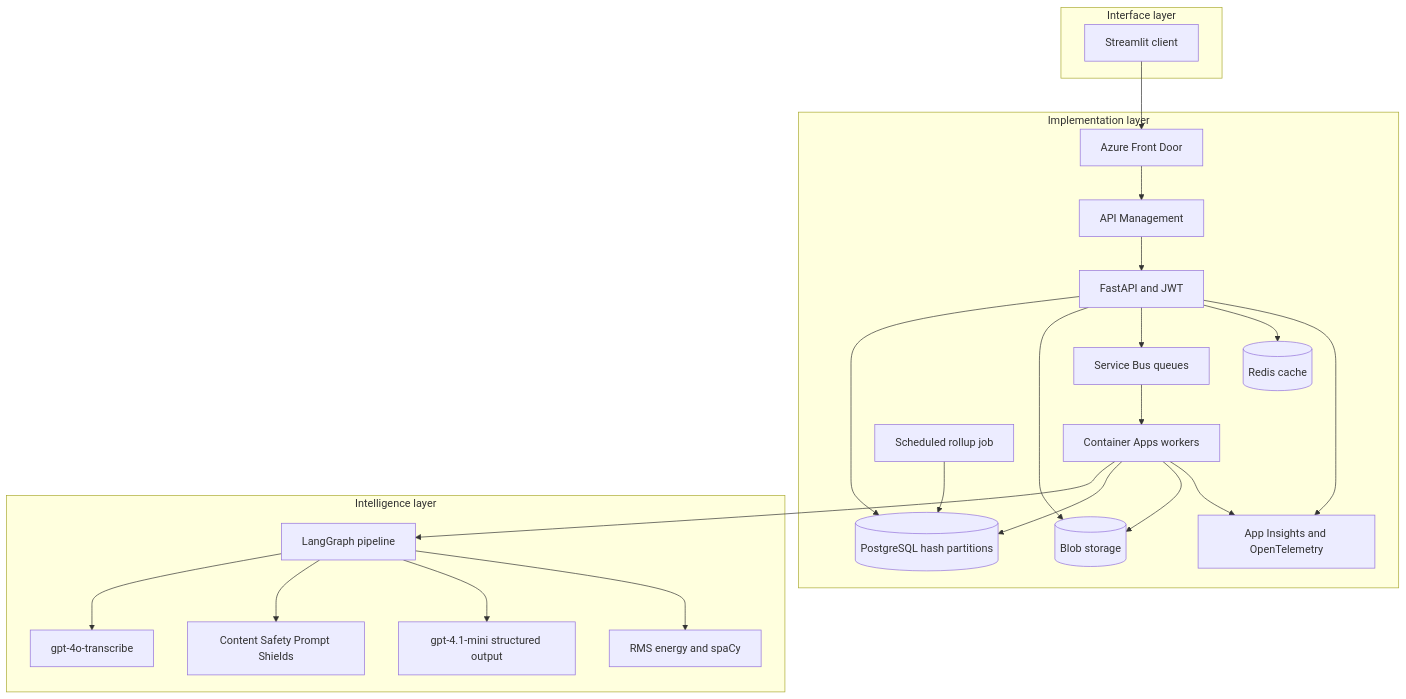
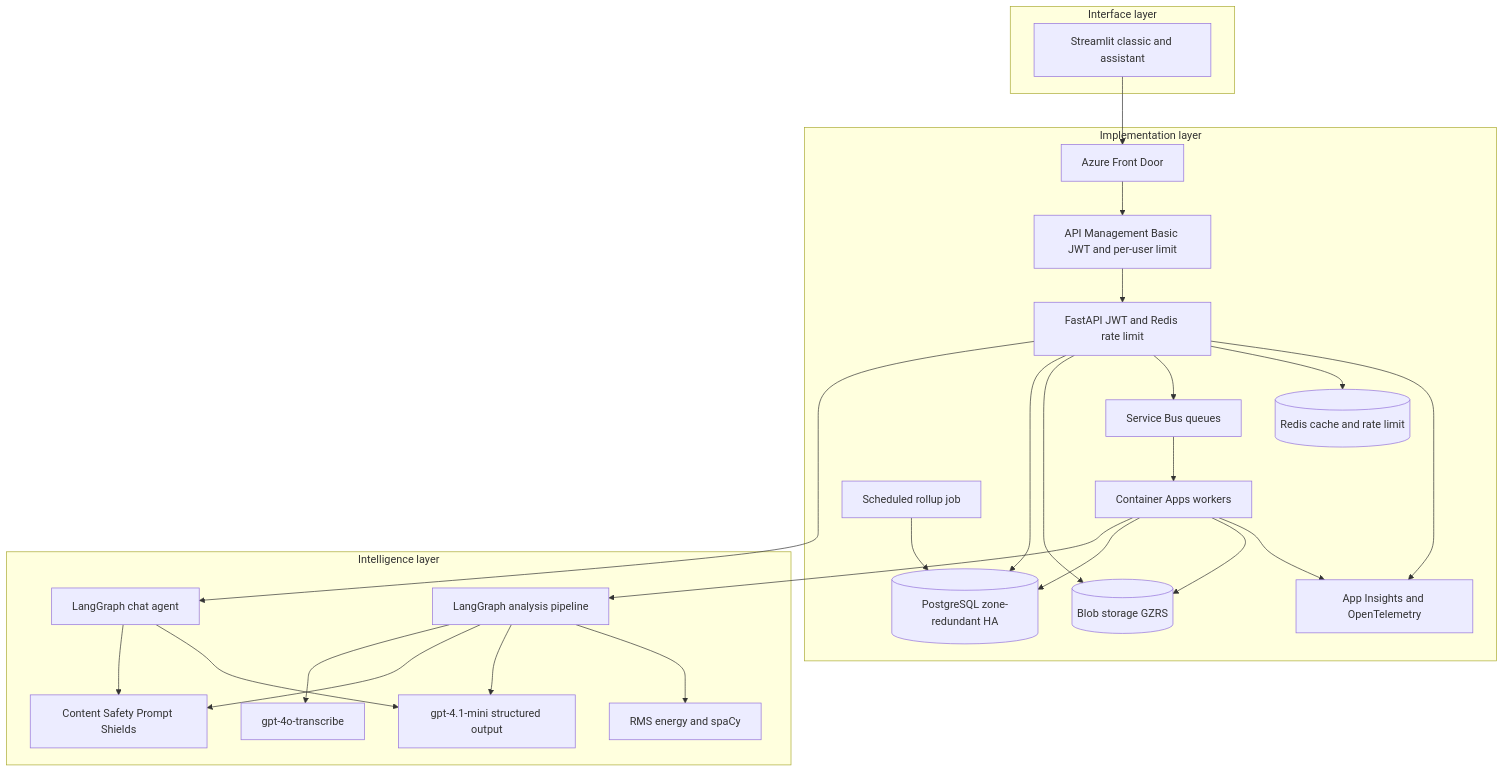
Before and after one commit to highprincezero/wn-voice-analytics: the first of 4 diagrams in README.md, drawn with Mermaid. The commit also changed other lines of this file and 36 other files, not shown here.

First line of the commit message:
Add assistant chat, per-user limits, and zone redundancy

````diff
--- a/README.md
+++ b/README.md
@@ -39,44 +40,48 @@
 ```mermaid
 flowchart TB
   subgraph interfaceLayer [Interface layer]
-    UI[Streamlit client]
+    UI[Streamlit classic and assistant]
   end
 
   subgraph implementationLayer [Implementation layer]
     FD[Azure Front Door]
-    APIM[API Management]
-    API[FastAPI and JWT]
+    APIM[API Management Basic JWT and per-user limit]
+    API[FastAPI JWT and Redis rate limit]
     SB[Service Bus queues]
     WK[Container Apps workers]
     JOB[Scheduled rollup job]
-    PG[(PostgreSQL hash partitions)]
-    BLOB[(Blob storage)]
-    CACHE[(Redis cache)]
+    PG[(PostgreSQL zone-redundant HA)]
+    BLOB[(Blob storage GZRS)]
+    CACHE[(Redis cache and rate limit)]
     OBS[App Insights and OpenTelemetry]
   end
 
   subgraph intelligenceLayer [Intelligence layer]
-    LG[LangGraph pipeline]
+    LG[LangGraph analysis pipeline]
+    CHAT[LangGraph chat agent]
     STT[gpt-4o-transcribe]
     LLM[gpt-4.1-mini structured output]
     CS[Content Safety Prompt Shields]
     FEAT[RMS energy and spaCy]
   end
 
   UI --> FD --> APIM --> API
+  API --> CHAT
   API --> PG
   API --> BLOB
   API --> SB
   API --> CACHE
+  CHAT --> CS
+  CHAT --> LLM
   SB --> WK
   JOB --> PG
   WK --> LG
   LG --> STT
   LG --> CS
   LG --> LLM
   LG --> FEAT
   WK --> PG
   WK --> BLOB
   API --> OBS
   WK --> OBS
 ```
````
